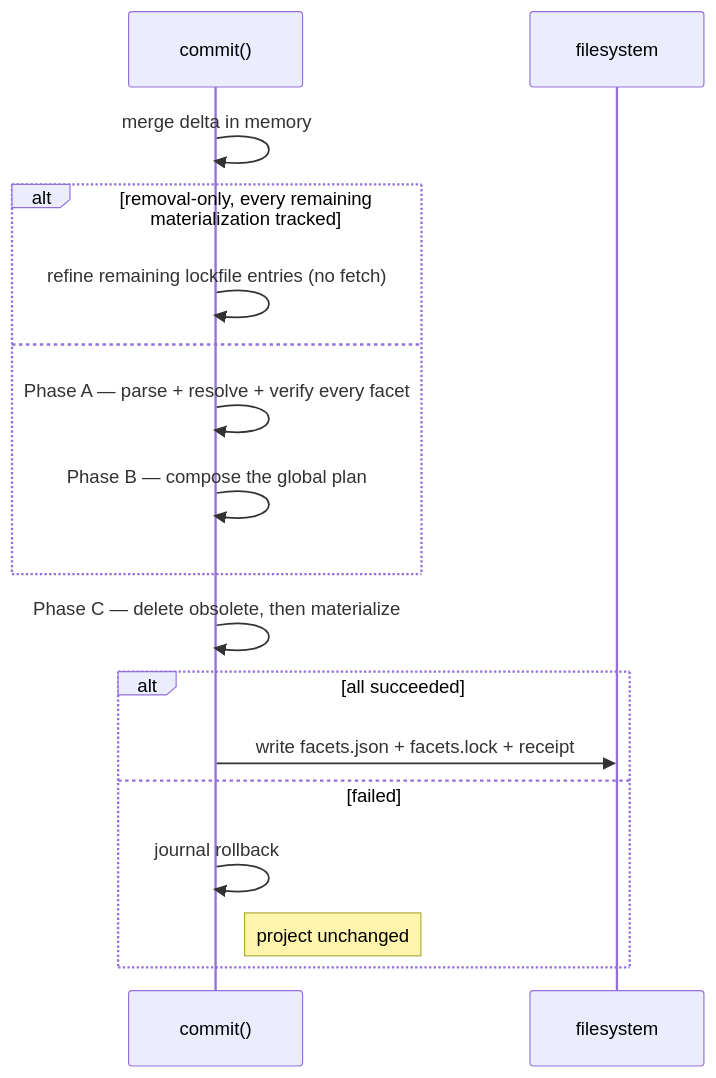
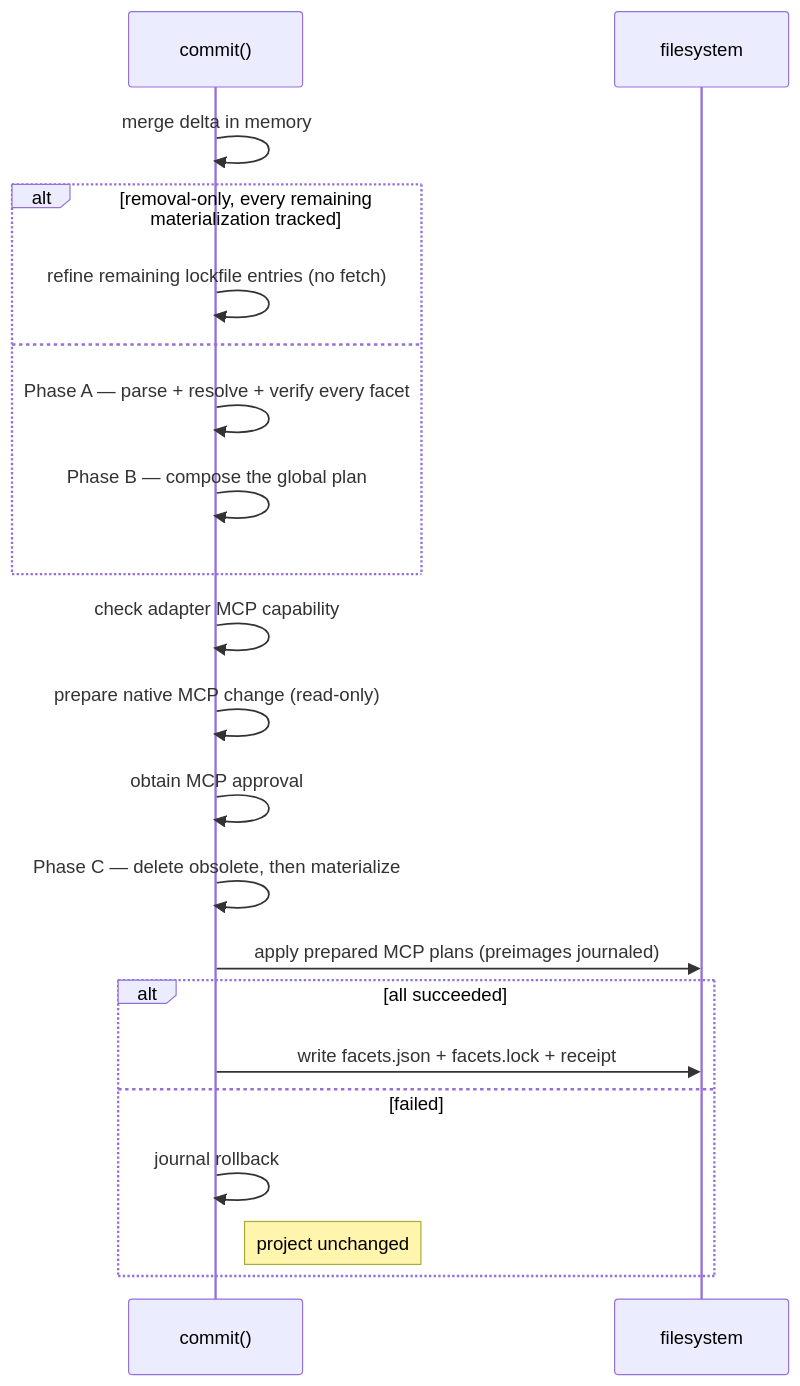
The fifth of 5 diagrams in docs/specification/commit.mdx (agent-facets/facets), drawn with Mermaid before and after one commit. The commit also changed other lines of this file and 228 other files, not shown here.

````diff
--- a/docs/specification/commit.mdx
+++ b/docs/specification/commit.mdx
@@ -297,19 +383,23 @@
 ```mermaid
 sequenceDiagram
     participant Commit as commit()
     participant FS as filesystem
     Commit->>Commit: merge delta in memory
     alt removal-only, every remaining materialization tracked
         Commit->>Commit: refine remaining lockfile entries (no fetch)
     else
         Commit->>Commit: Phase A — parse + resolve + verify every facet
         Commit->>Commit: Phase B — compose the global plan
     end
+    Commit->>Commit: check adapter MCP capability
+    Commit->>Commit: prepare native MCP change (read-only)
+    Commit->>Commit: obtain MCP approval
     Commit->>Commit: Phase C — delete obsolete, then materialize
+    Commit->>FS: apply prepared MCP plans (preimages journaled)
     alt all succeeded
         Commit->>FS: write facets.json + facets.lock + receipt
     else failed
         Commit->>Commit: journal rollback
         Note right of Commit: project unchanged
     end
 ```
````
